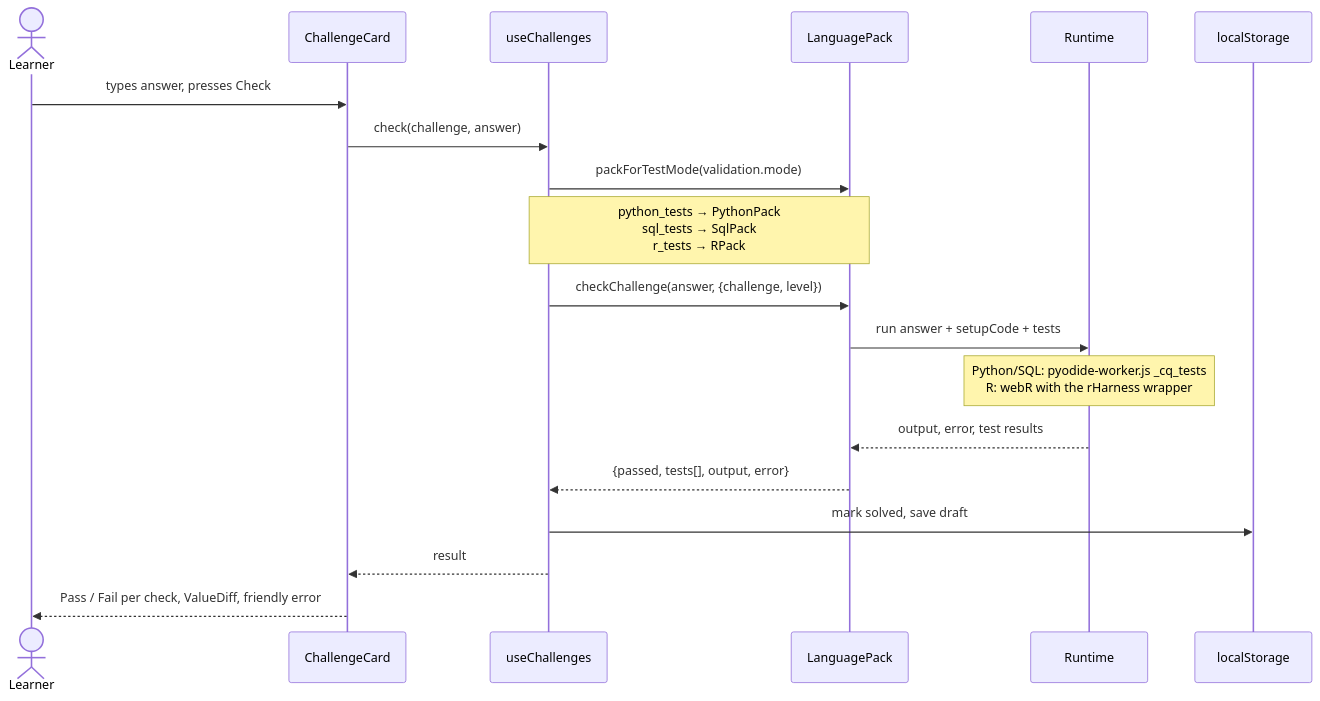
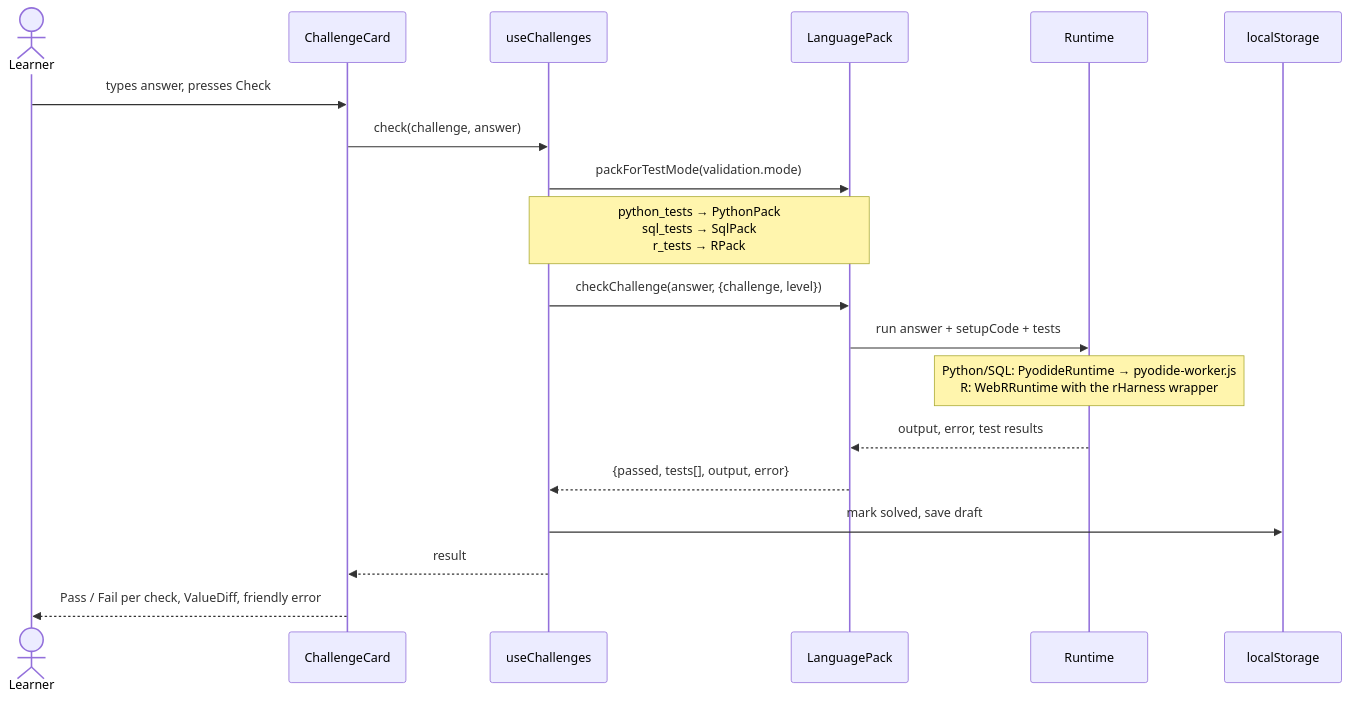
Before and after one commit to ubuntu-apps/code-quest: the seventh of 8 diagrams in ARCHITECTURE.md, drawn with Mermaid. The commit also changed other lines of this file and 44 other files, not shown here.

````diff
--- a/ARCHITECTURE.md
+++ b/ARCHITECTURE.md
@@ -253,21 +267,21 @@
 ```mermaid
 sequenceDiagram
   actor L as Learner
   participant CC as ChallengeCard
   participant UC as useChallenges
   participant P as LanguagePack
   participant RT as Runtime
   participant ST as localStorage
   L->>CC: types answer, presses Check
   CC->>UC: check(challenge, answer)
   UC->>P: packForTestMode(validation.mode)
   Note over UC,P: python_tests → PythonPack<br/>sql_tests → SqlPack<br/>r_tests → RPack
   UC->>P: checkChallenge(answer, {challenge, level})
   P->>RT: run answer + setupCode + tests
-  Note over RT: Python/SQL: pyodide-worker.js _cq_tests<br/>R: webR with the rHarness wrapper
+  Note over RT: Python/SQL: PyodideRuntime → pyodide-worker.js<br/>R: WebRRuntime with the rHarness wrapper
   RT-->>P: output, error, test results
   P-->>UC: {passed, tests[], output, error}
   UC->>ST: mark solved, save draft
   UC-->>CC: result
   CC-->>L: Pass / Fail per check, ValueDiff, friendly error
 ```
````
